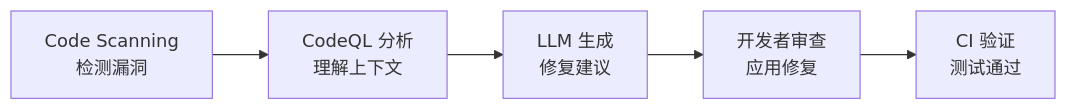
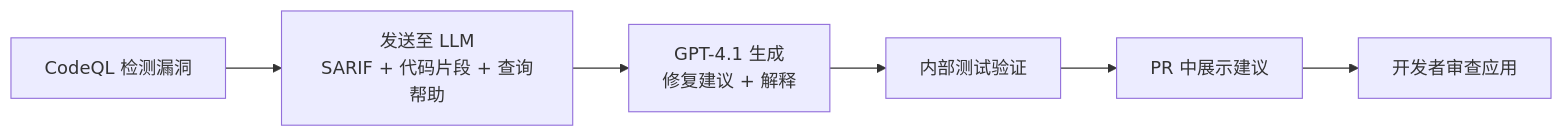
Before and after one commit to ghcpSharing/library: the third of 4 diagrams in labs/agents/README.md, drawn with Mermaid. The commit also changed other lines of this file, not shown here.

````diff
--- a/labs/agents/README.md
+++ b/labs/agents/README.md
@@ -445,7 +348,8 @@
 ```mermaid
 graph LR
-    A[Code Scanning<br/>检测漏洞] --> B[CodeQL 分析<br/>理解上下文]
-    B --> C[LLM 生成<br/>修复建议]
-    C --> D[开发者审查<br/>应用修复]
-    D --> E[CI 验证<br/>测试通过]
+    A[CodeQL 检测漏洞] --> B[发送至 LLM<br/>SARIF + 代码片段 + 查询帮助]
+    B --> C[GPT-4.1 生成<br/>修复建议 + 解释]
+    C --> D[内部测试验证]
+    D --> E[PR 中展示建议]
+    E --> F[开发者审查应用]
 ```
````
